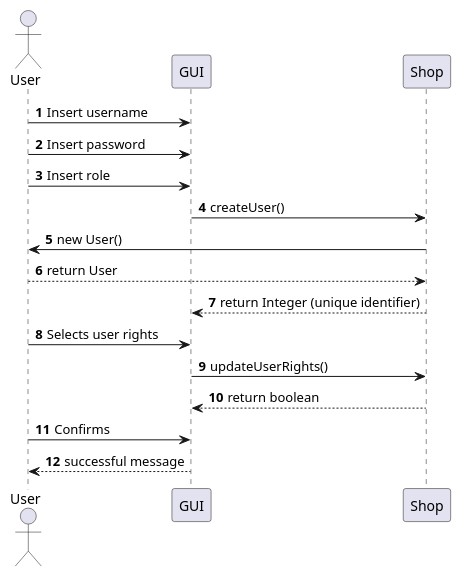
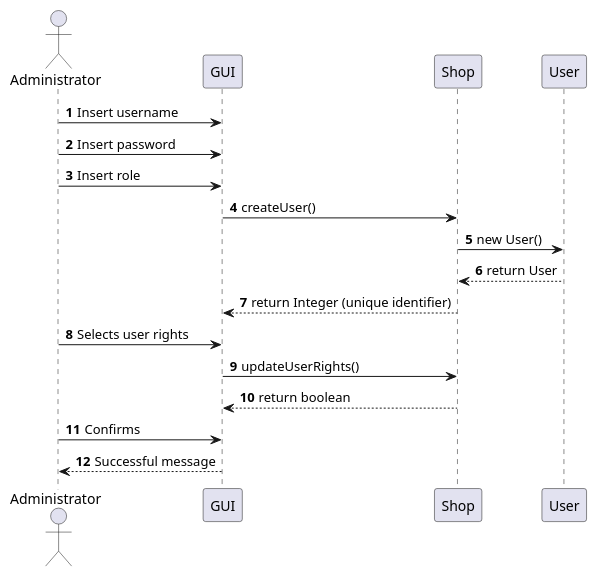
The sixth of 23 diagrams in Deliverables/DesignDocument.md (Stormz4/group20-EzShop), drawn with PlantUML before and after one commit. The commit also changed other lines of this file, not shown here.

````diff
--- a/Deliverables/DesignDocument.md
+++ b/Deliverables/DesignDocument.md
@@ -355,18 +357,18 @@
 ```plantuml
 @startuml
-Actor User
+Actor Administrator
 autonumber
-User -> GUI: Insert username
-User -> GUI: Insert password
-User -> GUI: Insert role
+Administrator -> GUI: Insert username
+Administrator -> GUI: Insert password
+Administrator -> GUI: Insert role
 GUI -> Shop: createUser()
 Shop -> User: new User()
 User --> Shop: return User
 Shop --> GUI: return Integer (unique identifier)
-User -> GUI: Selects user rights
+Administrator -> GUI: Selects user rights
 GUI -> Shop: updateUserRights()
 Shop --> GUI: return boolean
-User -> GUI: Confirms
-GUI --> User: successful message
+Administrator -> GUI: Confirms
+GUI --> Administrator: Successful message
 @enduml
 ```
````
